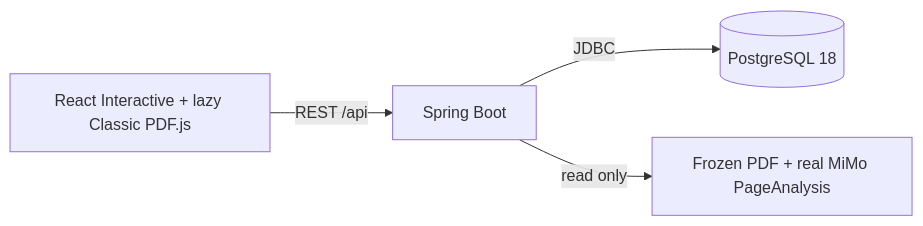
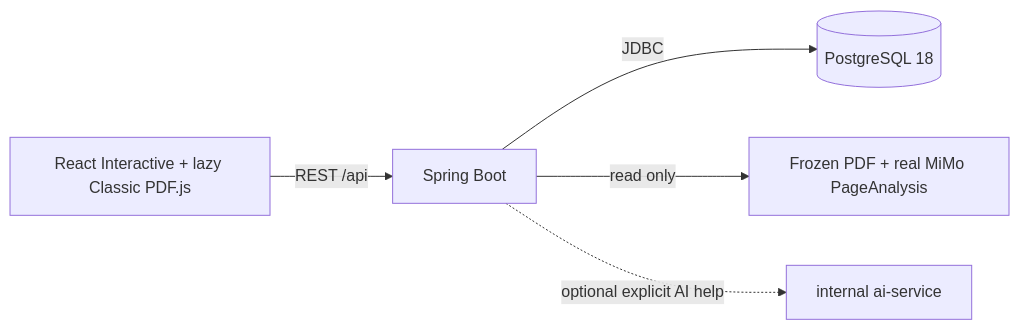
One commit to darroyo083/Lexora changed the first of 2 diagrams in docs/architecture.md. Above: the diagram before and after it, drawn with Mermaid. The commit also changed other lines of this file and 5 other files, not shown here.

````diff
--- a/docs/architecture.md
+++ b/docs/architecture.md
@@ -7,6 +7,7 @@
 ```mermaid
 flowchart LR
     Browser[React Interactive + lazy Classic PDF.js] -->|REST /api| Backend[Spring Boot]
     Backend -->|JDBC| Postgres[(PostgreSQL 18)]
     Backend -->|read only| Frozen[Frozen PDF + real MiMo PageAnalysis]
+    Backend -. optional explicit AI help .-> Assist[internal ai-service]
 ```
````
